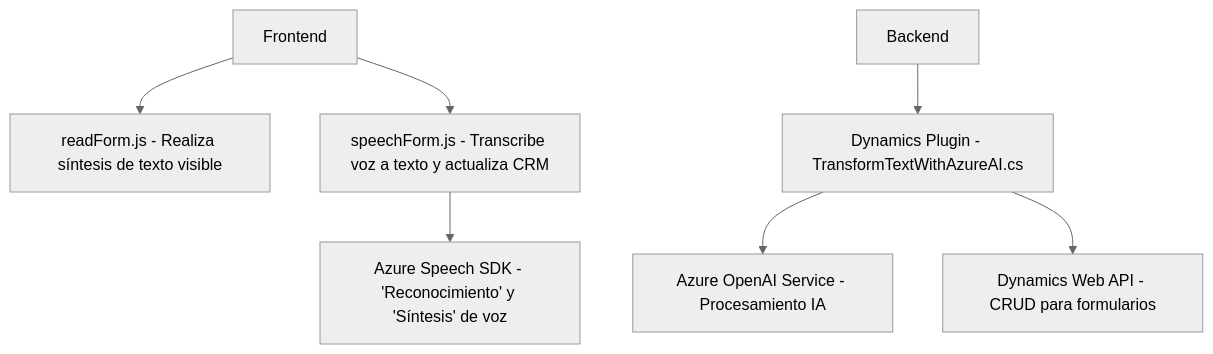
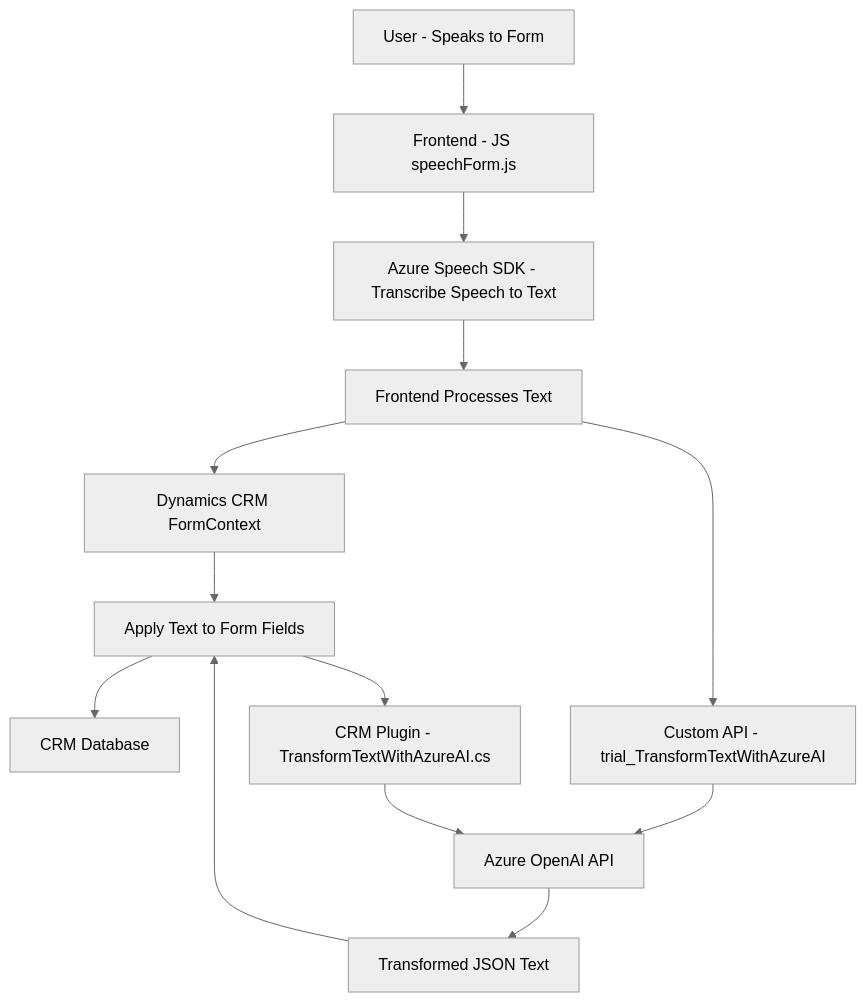
The diagram in README.md (blopezdm/NETCORE_BILBAO2025), drawn with Mermaid (neutral theme) before and after one commit. The commit also changed other lines of this file, not shown here.

````diff
--- a/README.md
+++ b/README.md
@@ -36,18 +35,17 @@
 ```mermaid
 graph TD
-    A["Frontend"]
-    B["readForm.js - Realiza síntesis de texto visible"]
-    C["speechForm.js - Transcribe voz a texto y actualiza CRM"]
-    D["Azure Speech SDK - 'Reconocimiento' y 'Síntesis' de voz"]
-    E["Backend"]
-    F["Dynamics Plugin - TransformTextWithAzureAI.cs"]
-    G["Azure OpenAI Service - Procesamiento IA"]
-    H["Dynamics Web API - CRUD para formularios"]
+    A["User - Speaks to Form"] --> B["Frontend - JS speechForm.js"]
+    B --> C["Azure Speech SDK - Transcribe Speech to Text"]
+    C --> D["Frontend Processes Text"]
+    D --> E["Dynamics CRM FormContext"]
+    E --> F["Apply Text to Form Fields"]
+    F --> F1["CRM Database"]
 
-    A --> B
-    A --> C
-    C --> D
-    E --> F
-    F --> G
-    F --> H
+    D --> G["Custom API - trial_TransformTextWithAzureAI"]
+    G --> H["Azure OpenAI API"]
+    H --> I["Transformed JSON Text"]
+    I --> F
+
+    F --> J["CRM Plugin - TransformTextWithAzureAI.cs"]
+    J --> H
 ```
````
